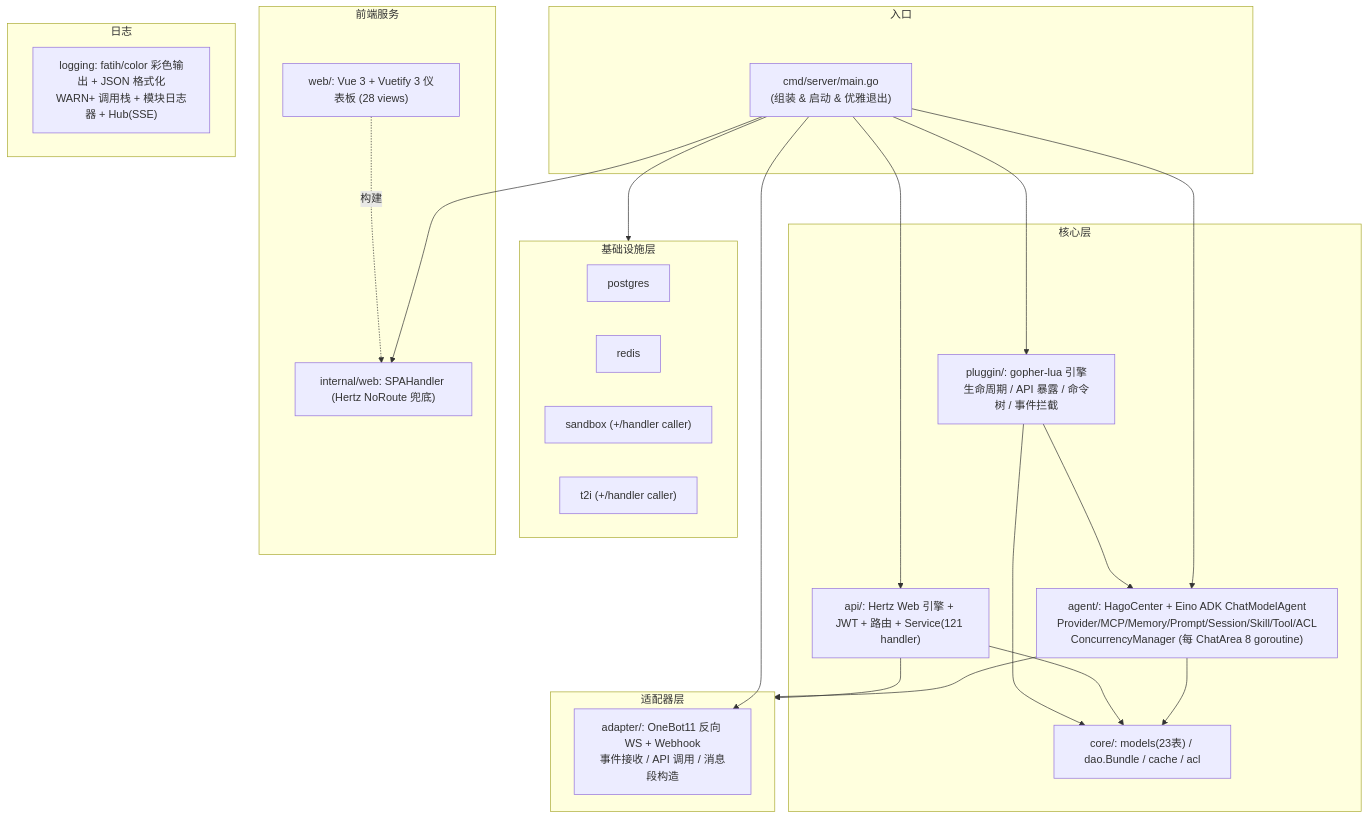
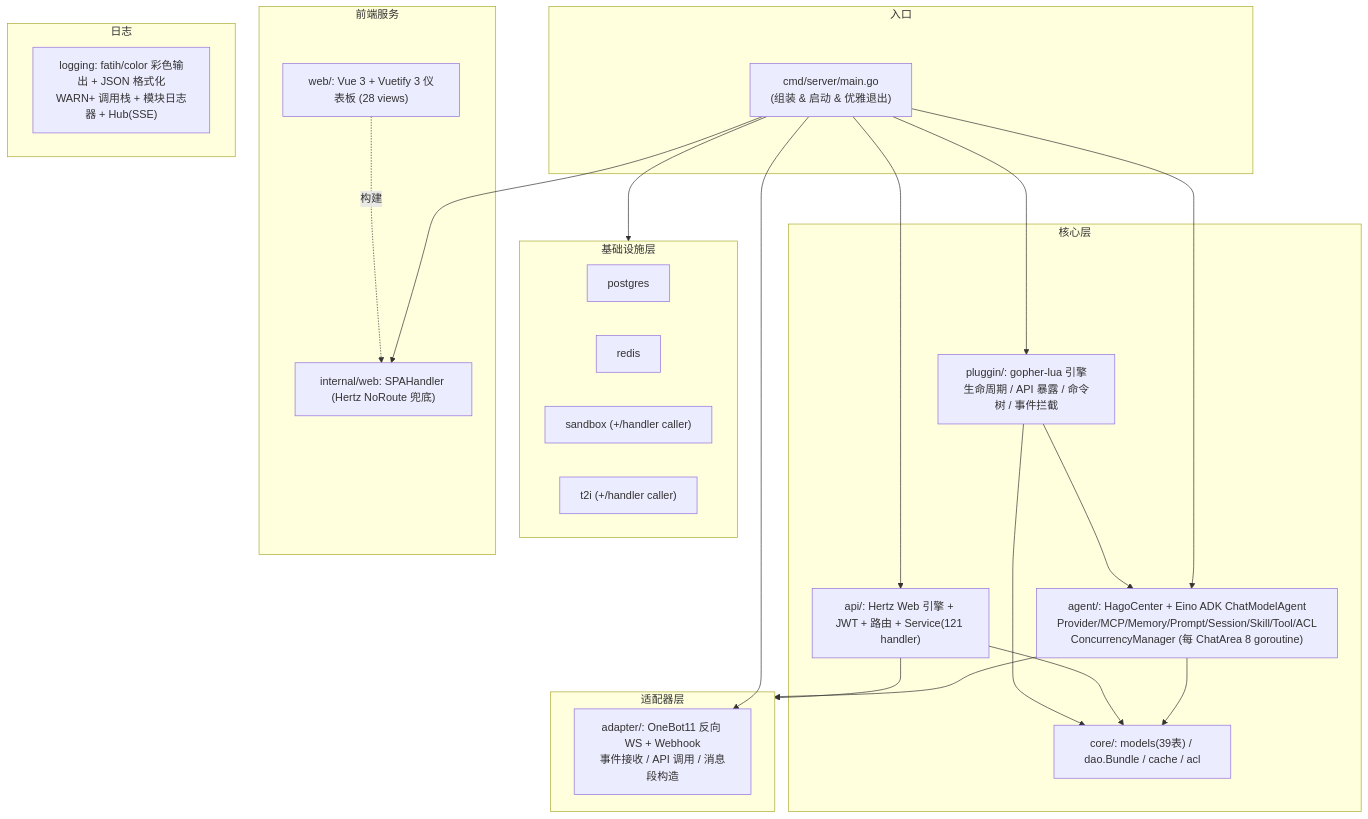
Before and after one commit to TuF3i/JuanNiang-Docs: the first of 26 diagrams in docs/development/architecture.md, drawn with Mermaid. The commit also changed other lines of this file and 5 other files, not shown here.

````diff
--- a/docs/development/architecture.md
+++ b/docs/development/architecture.md
@@ -16,42 +16,42 @@
 ```mermaid
 flowchart TB
   subgraph Entry["入口"]
     Main["cmd/server/main.go<br/>(组装 & 启动 & 优雅退出)"]
   end
   subgraph Adapter["适配器层"]
     OB["adapter/: OneBot11 反向 WS + Webhook<br/>事件接收 / API 调用 / 消息段构造"]
   end
   subgraph Core["核心层"]
     API["api/: Hertz Web 引擎 + JWT + 路由 + Service(121 handler)"]
     Plugin["pluggin/: gopher-lua 引擎<br/>生命周期 / API 暴露 / 命令树 / 事件拦截"]
     Agent["agent/: HagoCenter + Eino ADK ChatModelAgent<br/>Provider/MCP/Memory/Prompt/Session/Skill/Tool/ACL<br/>ConcurrencyManager (每 ChatArea 8 goroutine)"]
-    CoreLib["core/: models(23表) / dao.Bundle / cache / acl"]
+    CoreLib["core/: models(39表) / dao.Bundle / cache / acl"]
   end
   subgraph Infra["基础设施层"]
     PG["postgres"]
     Red["redis"]
     SB["sandbox (+/handler caller)"]
     T2I["t2i (+/handler caller)"]
   end
   subgraph Web["前端服务"]
     SPA["internal/web: SPAHandler (Hertz NoRoute 兜底)"]
     FE["web/: Vue 3 + Vuetify 3 仪表板 (28 views)"]
   end
   subgraph Logging["日志"]
     LogHub["logging: fatih/color 彩色输出 + JSON 格式化<br/>WARN+ 调用栈 + 模块日志器 + Hub(SSE)"]
   end
 
   Main --> OB
   Main --> Agent
   Main --> API
   Main --> Plugin
   Main --> SPA
   Main --> Infra
   Agent --> CoreLib
   API --> CoreLib
   Plugin --> CoreLib
   Plugin --> Agent
   Agent --> Adapter
   API --> Adapter
   FE -.构建.-> SPA
 ```
````
